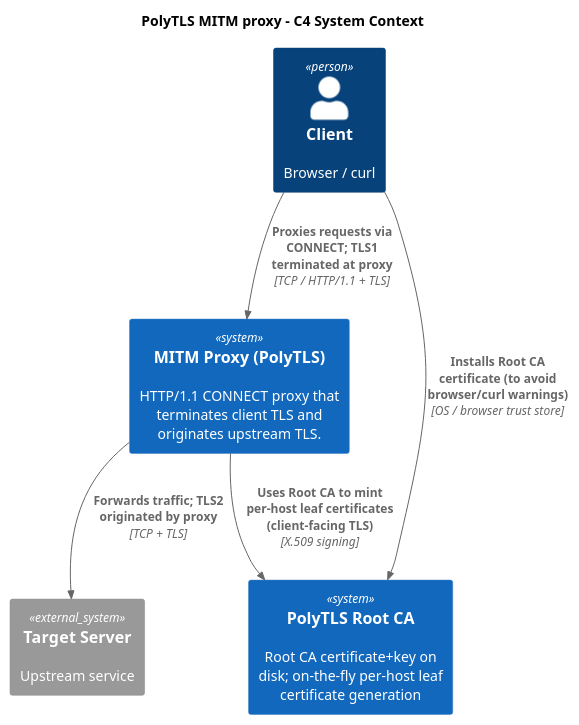
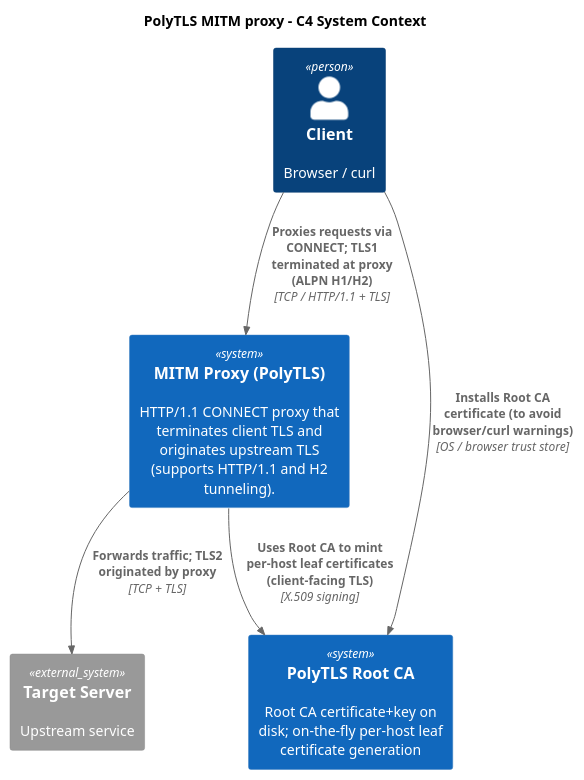
Before and after one commit to REASY/PolyTLS: the diagram in docs/diagrams/c4/mitm-context.puml, drawn with PlantUML. The commit also changed 11 other files, not shown here.

First line of the commit message:
feat(proxy): enable L4 HTTP/2 support with ALPN constraints

```diff
--- a/docs/diagrams/c4/mitm-context.puml
+++ b/docs/diagrams/c4/mitm-context.puml
@@ -1,17 +1,17 @@
 @startuml
 !include <C4/C4>
 !include <C4/C4_Context>
 
 title PolyTLS MITM proxy - C4 System Context
 LAYOUT_TOP_DOWN()
 
 Person(client, "Client", "Browser / curl")
-System(proxy, "MITM Proxy (PolyTLS)", "HTTP/1.1 CONNECT proxy that terminates client TLS and originates upstream TLS.")
+System(proxy, "MITM Proxy (PolyTLS)", "HTTP/1.1 CONNECT proxy that terminates client TLS and originates upstream TLS (supports HTTP/1.1 and H2 tunneling).")
 System_Ext(target, "Target Server", "Upstream service")
 System(ca, "PolyTLS Root CA", "Root CA certificate+key on disk; on-the-fly per-host leaf certificate generation")
 
-Rel(client, proxy, "Proxies requests via CONNECT; TLS1 terminated at proxy", "TCP / HTTP/1.1 + TLS")
+Rel(client, proxy, "Proxies requests via CONNECT; TLS1 terminated at proxy (ALPN H1/H2)", "TCP / HTTP/1.1 + TLS")
 Rel(proxy, target, "Forwards traffic; TLS2 originated by proxy", "TCP + TLS")
 Rel(proxy, ca, "Uses Root CA to mint per-host leaf certificates (client-facing TLS)", "X.509 signing")
 Rel(client, ca, "Installs Root CA certificate (to avoid browser/curl warnings)", "OS / browser trust store")
 @enduml
```
